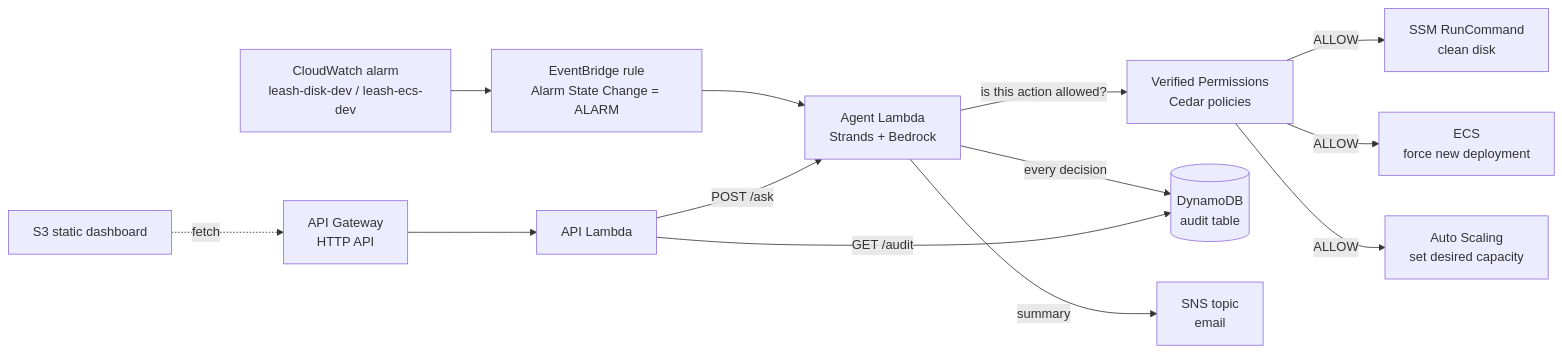
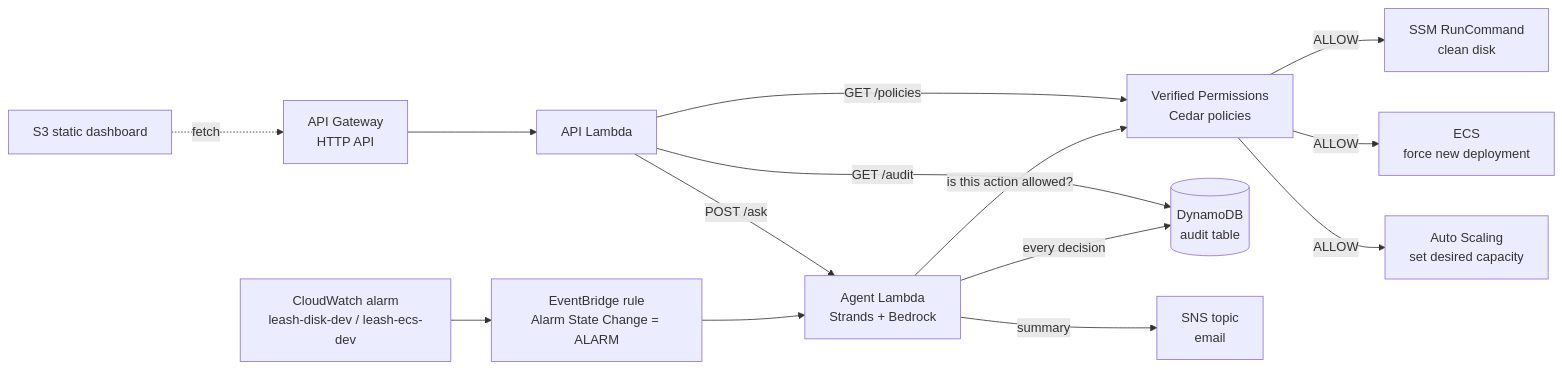
Before and after one commit to AyushVUpadhye/leash: the diagram in README.md, drawn with Mermaid. The commit also changed other lines of this file and 17 other files, not shown here.

````diff
--- a/README.md
+++ b/README.md
@@ -25,15 +28,16 @@
 ```mermaid
 flowchart LR
     CW[CloudWatch alarm<br/>leash-disk-dev / leash-ecs-dev] --> EB[EventBridge rule<br/>Alarm State Change = ALARM]
     EB --> AG[Agent Lambda<br/>Strands + Bedrock]
     AG -- "is this action allowed?" --> AVP[Verified Permissions<br/>Cedar policies]
     AVP -- ALLOW --> SSM[SSM RunCommand<br/>clean disk]
     AVP -- ALLOW --> ECS[ECS<br/>force new deployment]
     AVP -- ALLOW --> ASG[Auto Scaling<br/>set desired capacity]
     AG -- "every decision" --> DDB[(DynamoDB<br/>audit table)]
     AG -- summary --> SNS[SNS topic<br/>email]
     APIGW[API Gateway<br/>HTTP API] --> API[API Lambda]
     API -- "GET /audit" --> DDB
+    API -- "GET /policies" --> AVP
     API -- "POST /ask" --> AG
     S3[S3 static dashboard] -. fetch .-> APIGW
 ```
````
